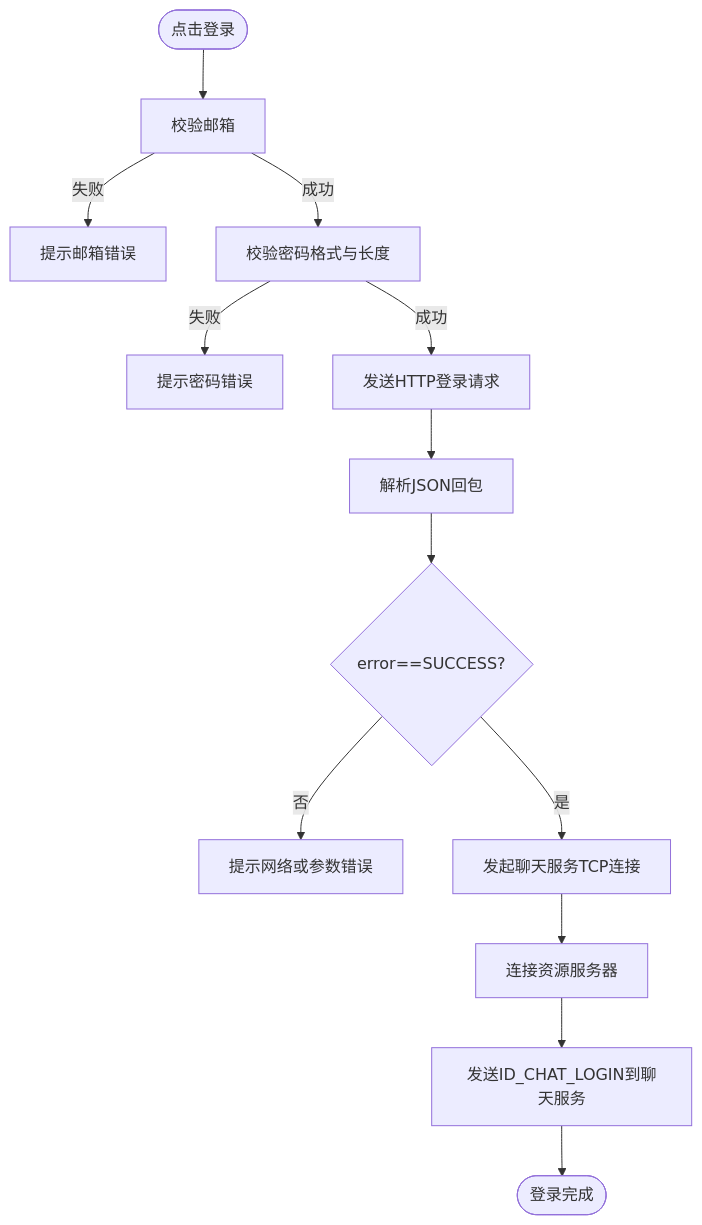
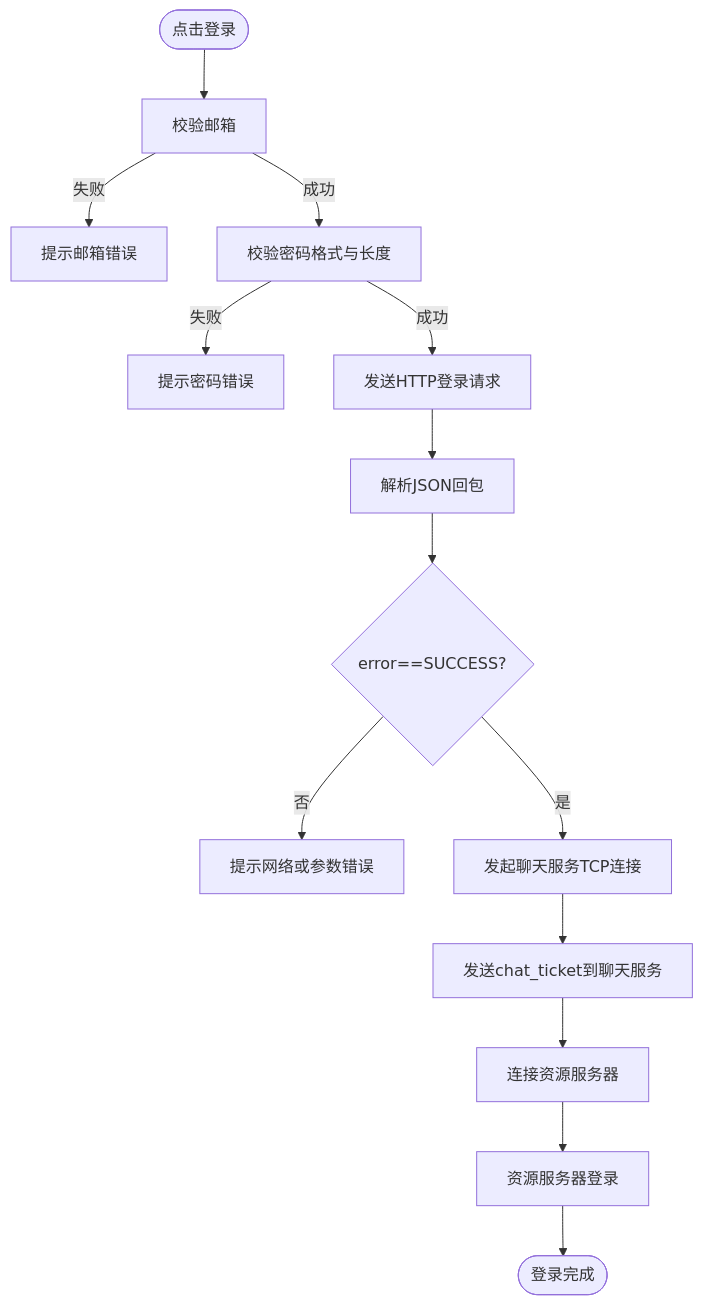
One commit to echo9923/mychatter changed the third of 7 diagrams in .qoder/repowiki/zh/content/核心功能模块/用户认证系统/用户认证系统.md. Above: the diagram before and after it, drawn with Mermaid. The commit also changed other lines of this file and 107 other files, not shown here.

````diff
--- a/.qoder/repowiki/zh/content/核心功能模块/用户认证系统/用户认证系统.md
+++ b/.qoder/repowiki/zh/content/核心功能模块/用户认证系统/用户认证系统.md
@@ -148,15 +166,16 @@
 ```mermaid
 flowchart TD
 Start(["点击登录"]) --> CheckEmail["校验邮箱"]
 CheckEmail --> |失败| TipEmail["提示邮箱错误"]
 CheckEmail --> |成功| CheckPwd["校验密码格式与长度"]
 CheckPwd --> |失败| TipPwd["提示密码错误"]
 CheckPwd --> |成功| PostLogin["发送HTTP登录请求"]
 PostLogin --> ParseResp["解析JSON回包"]
 ParseResp --> Valid{"error==SUCCESS?"}
 Valid --> |否| TipNet["提示网络或参数错误"]
 Valid --> |是| ConnectChat["发起聊天服务TCP连接"]
-ConnectChat --> ConnectRes["连接资源服务器"]
-ConnectRes --> ChatLogin["发送ID_CHAT_LOGIN到聊天服务"]
-ChatLogin --> Done(["登录完成"])
+ConnectChat --> SendTicket["发送chat_ticket到聊天服务"]
+SendTicket --> ConnectRes["连接资源服务器"]
+ConnectRes --> ResourceLogin["资源服务器登录"]
+ResourceLogin --> Done(["登录完成"])
 ```
````
